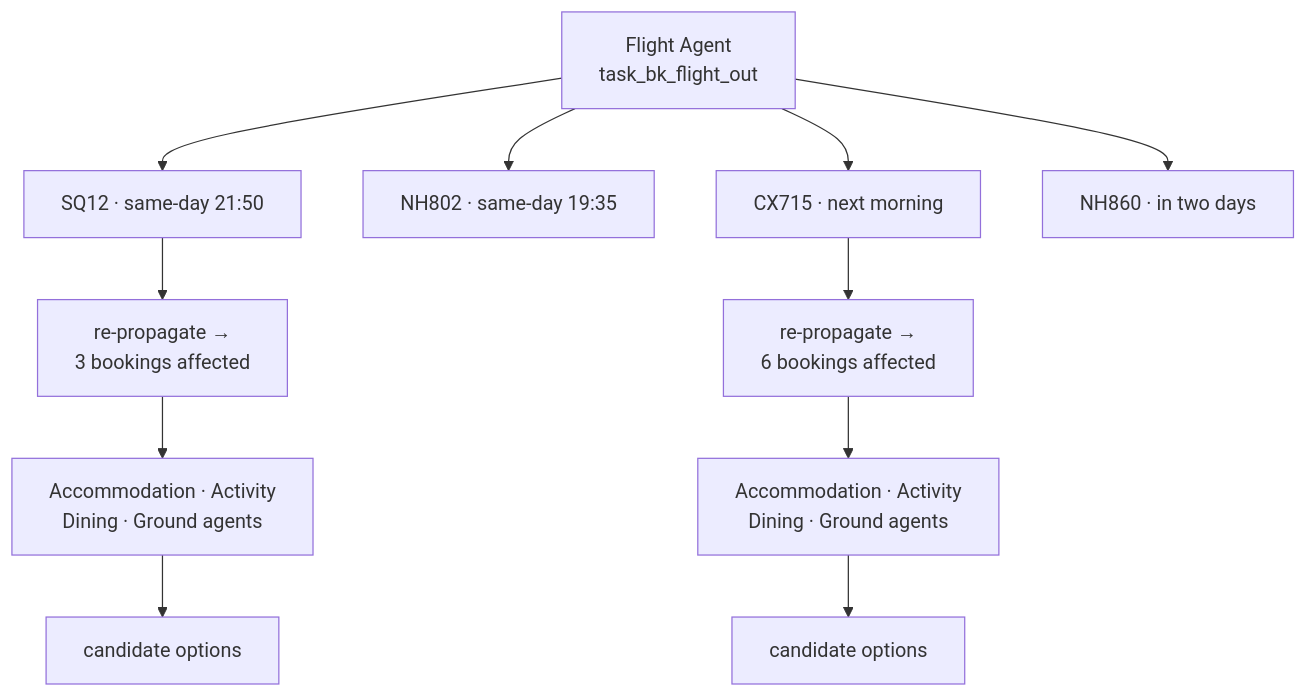
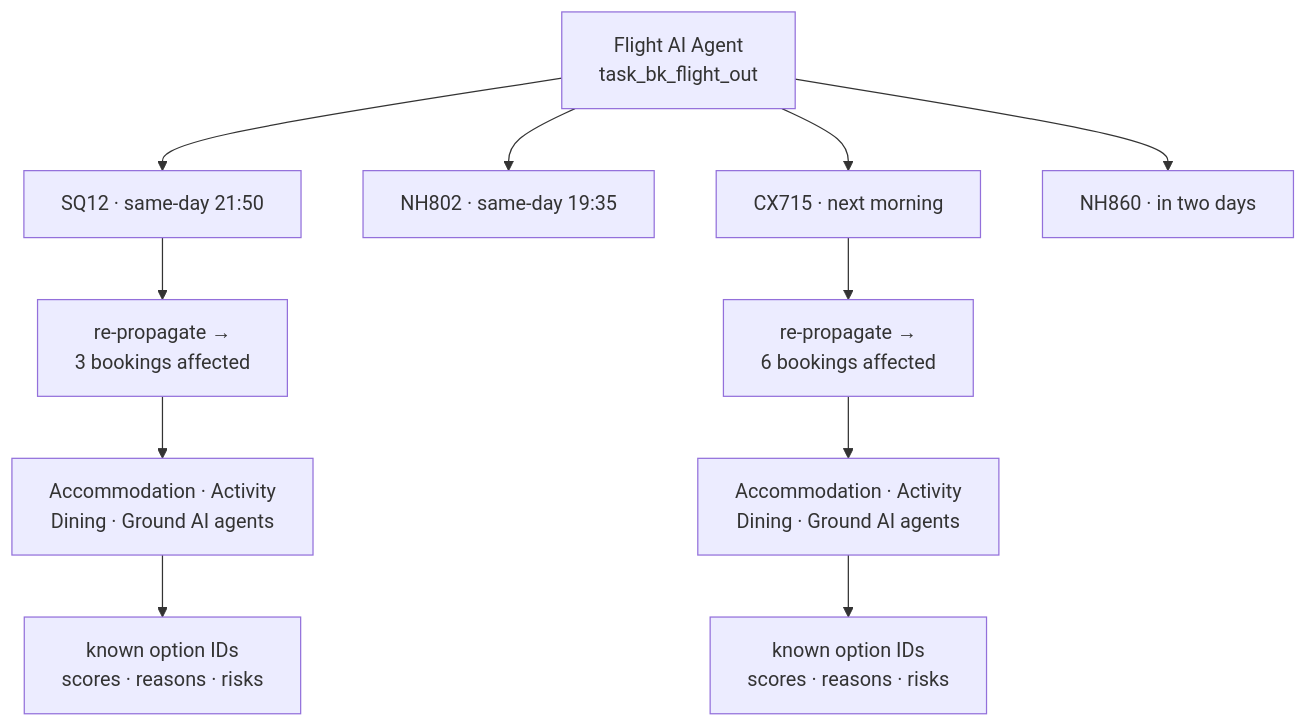
One commit to darrenori/amex-ai changed the fifth of 13 diagrams in ARCHITECTURE.md. Above: the diagram before and after it, drawn with Mermaid. The commit also changed other lines of this file and 13 other files, not shown here.

````diff
--- a/ARCHITECTURE.md
+++ b/ARCHITECTURE.md
@@ -162,17 +178,17 @@
 ```mermaid
 flowchart TB
-    ROOT["Flight Agent<br/>task_bk_flight_out"]
+    ROOT["Flight AI Agent<br/>task_bk_flight_out"]
     ROOT --> O1["SQ12 · same-day 21:50"]
     ROOT --> O2["NH802 · same-day 19:35"]
     ROOT --> O3["CX715 · next morning"]
     ROOT --> O4["NH860 · in two days"]
 
     O1 --> P1["re-propagate →<br/>3 bookings affected"]
     O3 --> P3["re-propagate →<br/>6 bookings affected"]
 
-    P1 --> W1["Accommodation · Activity<br/>Dining · Ground agents"]
-    P3 --> W3["Accommodation · Activity<br/>Dining · Ground agents"]
+    P1 --> W1["Accommodation · Activity<br/>Dining · Ground AI agents"]
+    P3 --> W3["Accommodation · Activity<br/>Dining · Ground AI agents"]
 
-    W1 --> C1["candidate options"]
-    W3 --> C3["candidate options"]
+    W1 --> C1["known option IDs<br/>scores · reasons · risks"]
+    W3 --> C3["known option IDs<br/>scores · reasons · risks"]
 ```
````
